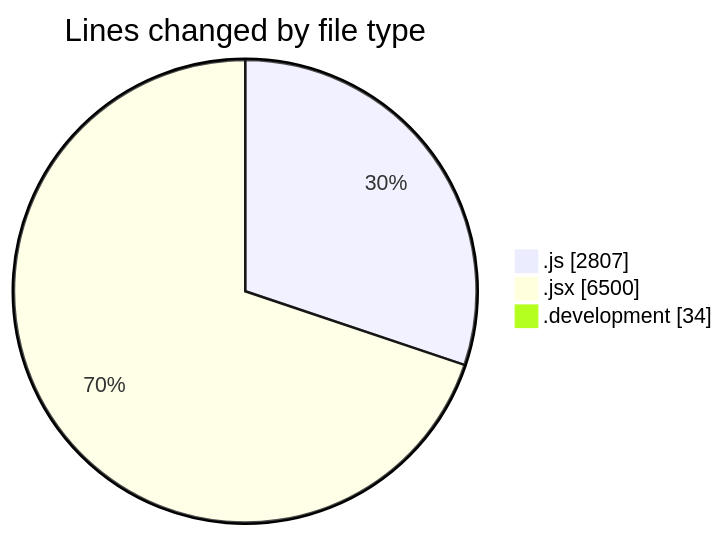
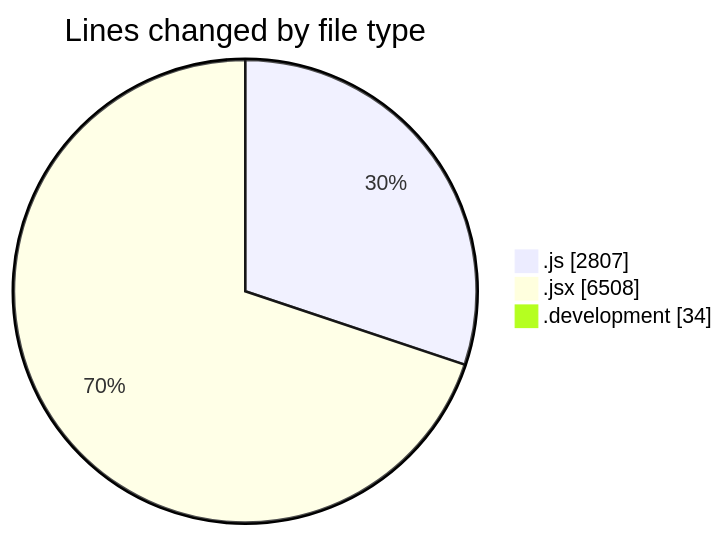
Before and after one commit to nxtqubesakshisongat/code-tracking: the first of 2 diagrams in 2025-09-18/nxtqube_webapp/README.md, drawn with Mermaid. The commit also changed other lines of this file and 1 other file, not shown here.

````diff
--- a/2025-09-18/nxtqube_webapp/README.md
+++ b/2025-09-18/nxtqube_webapp/README.md
@@ -42,7 +42,7 @@
 ```mermaid
 pie showData
 title Lines changed by file type
 ".js" : 2807
-".jsx" : 6500
+".jsx" : 6508
 ".development" : 34
 ```
````
